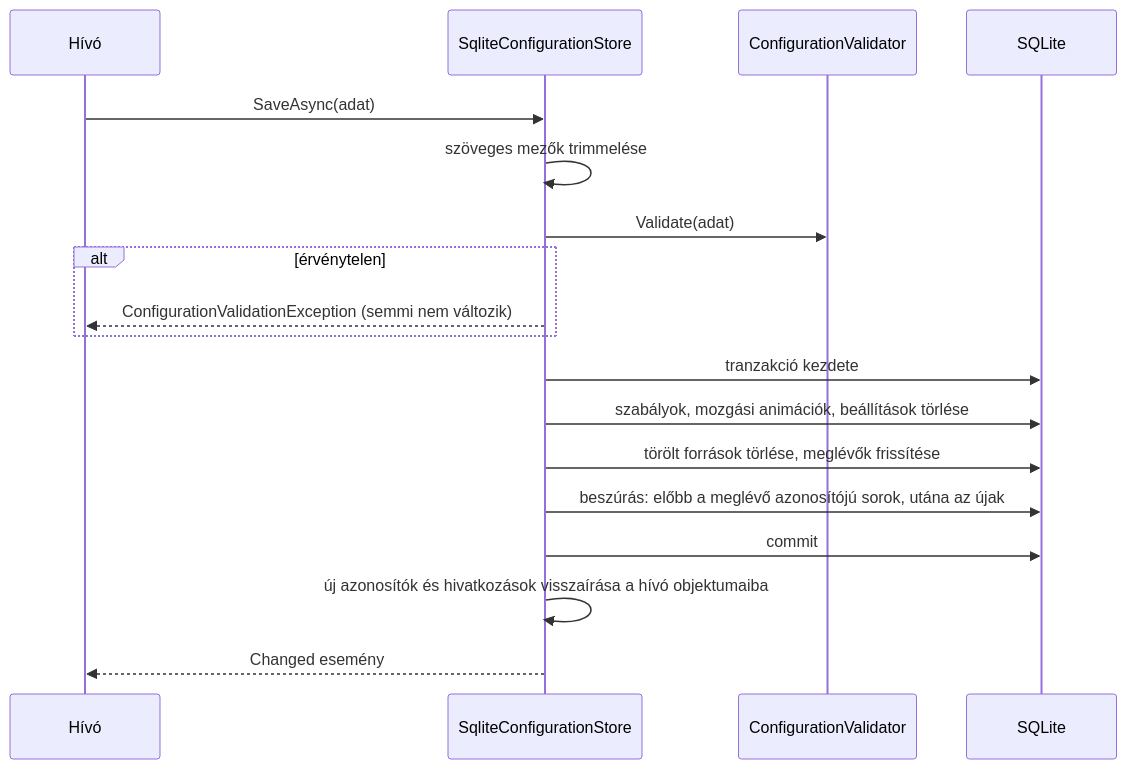
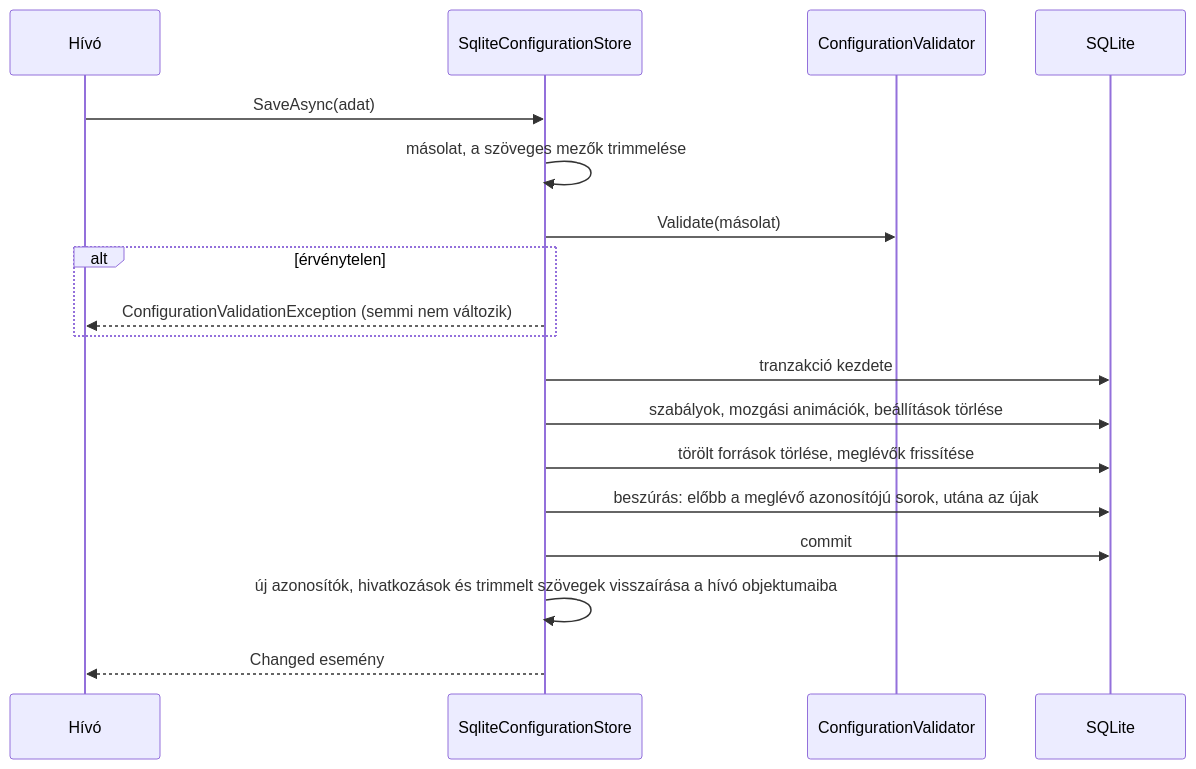
Before and after one commit to Keny3r/MonkeyStack_Szoftverarchitekturak_Hazi: the second of 2 diagrams in docs/configuration_engine/implementation.md, drawn with Mermaid. The commit also changed other lines of this file and 8 other files, not shown here.

````diff
--- a/docs/configuration_engine/implementation.md
+++ b/docs/configuration_engine/implementation.md
@@ -55,21 +57,21 @@
 ```mermaid
 sequenceDiagram
     participant H as Hívó
     participant S as SqliteConfigurationStore
     participant V as ConfigurationValidator
     participant DB as SQLite
 
     H->>S: SaveAsync(adat)
-    S->>S: szöveges mezők trimmelése
-    S->>V: Validate(adat)
+    S->>S: másolat, a szöveges mezők trimmelése
+    S->>V: Validate(másolat)
     alt érvénytelen
         S-->>H: ConfigurationValidationException (semmi nem változik)
     end
     S->>DB: tranzakció kezdete
     S->>DB: szabályok, mozgási animációk, beállítások törlése
     S->>DB: törölt források törlése, meglévők frissítése
     S->>DB: beszúrás: előbb a meglévő azonosítójú sorok, utána az újak
     S->>DB: commit
-    S->>S: új azonosítók és hivatkozások visszaírása a hívó objektumaiba
+    S->>S: új azonosítók, hivatkozások és trimmelt szövegek visszaírása a hívó objektumaiba
     S-->>H: Changed esemény
 ```
````
